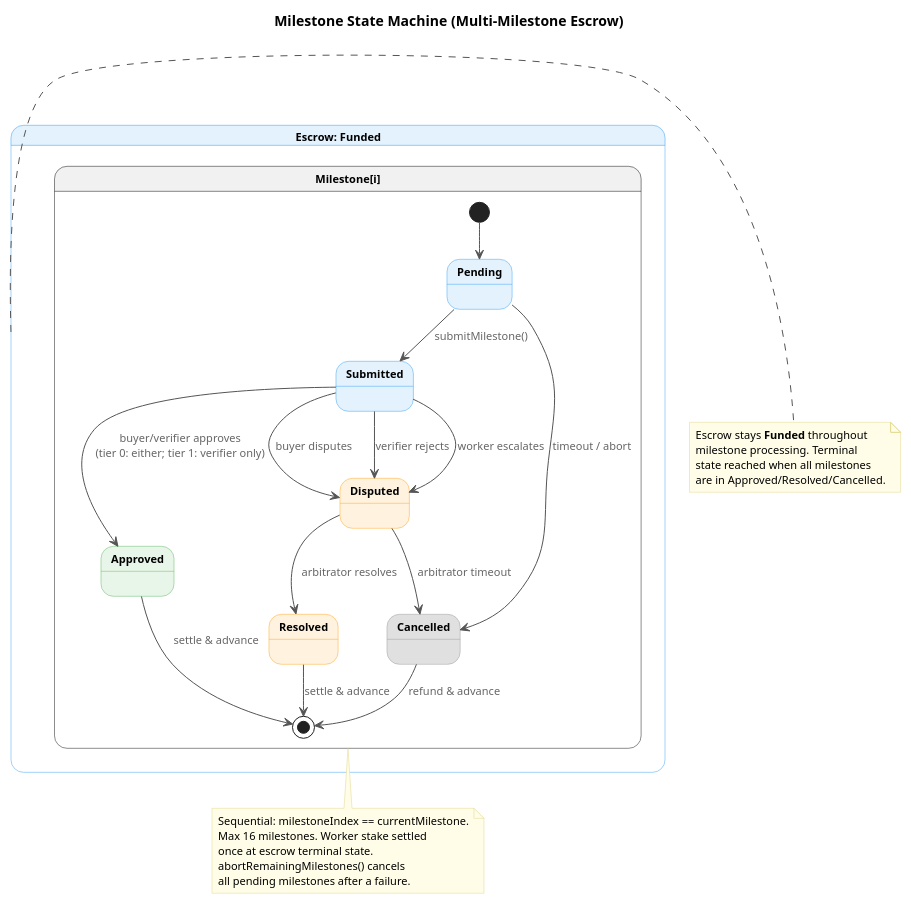
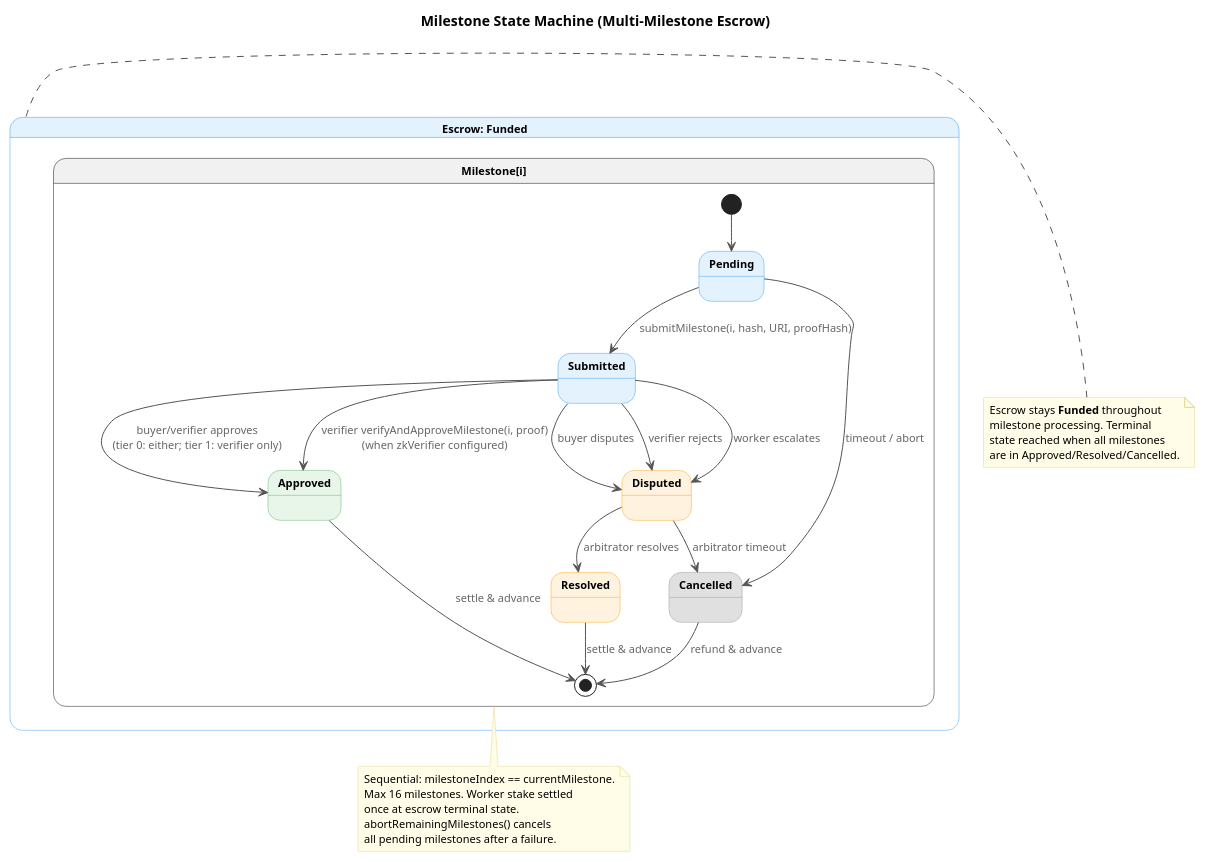
Before and after one commit to eddiefleurent/agent-escrow: the second of 2 diagrams in docs/diagrams/state-machine.puml, drawn with PlantUML. The commit also changed other lines of this file and 52 other files, not shown here.

```diff
--- a/docs/diagrams/state-machine.puml
+++ b/docs/diagrams/state-machine.puml
@@ -99,68 +101,69 @@
 @startuml milestone-state-machine
 skinparam backgroundColor #FFFFFF
 skinparam defaultFontName "Helvetica"
 skinparam defaultFontSize 13
 skinparam shadowing false
 skinparam ArrowColor #555555
 skinparam ArrowFontSize 11
 skinparam ArrowFontColor #666666
 
 skinparam state {
   FontSize 14
   FontStyle bold
   AttributeFontSize 11
 }
 
 skinparam note {
   BackgroundColor #FFFDE7
   BorderColor #E0D68A
   FontSize 11
 }
 
 title Milestone State Machine (Multi-Milestone Escrow)
 
 state "Escrow: Funded" as EscrowFunded #E3F2FD ##42A5F5 {
 
   state "Milestone[i]" as ms {
     state Pending #E3F2FD ##42A5F5
     state MsSubmitted as "Submitted" #E3F2FD ##42A5F5
     state MsApproved as "Approved" #E8F5E9 ##66BB6A
     state MsDisputed as "Disputed" #FFF3E0 ##FFA726
     state MsResolved as "Resolved" #FFF3E0 ##FFA726
     state MsCancelled as "Cancelled" #E0E0E0 ##9E9E9E
 
     [*] --> Pending
 
-    Pending --> MsSubmitted : submitMilestone()
+    Pending --> MsSubmitted : submitMilestone(i, hash, URI, proofHash)
     Pending --> MsCancelled : timeout / abort
 
     MsSubmitted --> MsApproved : buyer/verifier approves\n(tier 0: either; tier 1: verifier only)
+    MsSubmitted --> MsApproved : verifier verifyAndApproveMilestone(i, proof)\n(when zkVerifier configured)
     MsSubmitted --> MsDisputed : buyer disputes
     MsSubmitted --> MsDisputed : verifier rejects
     MsSubmitted --> MsDisputed : worker escalates
 
     MsDisputed --> MsResolved : arbitrator resolves
     MsDisputed --> MsCancelled : arbitrator timeout
 
     MsApproved --> [*] : settle & advance
     MsResolved --> [*] : settle & advance
     MsCancelled --> [*] : refund & advance
   }
 }
 
 note right of EscrowFunded
   Escrow stays **Funded** throughout
   milestone processing. Terminal
   state reached when all milestones
   are in Approved/Resolved/Cancelled.
 end note
 
 note bottom of ms
   Sequential: milestoneIndex == currentMilestone.
   Max 16 milestones. Worker stake settled
   once at escrow terminal state.
   abortRemainingMilestones() cancels
   all pending milestones after a failure.
 end note
 
 @enduml
```
